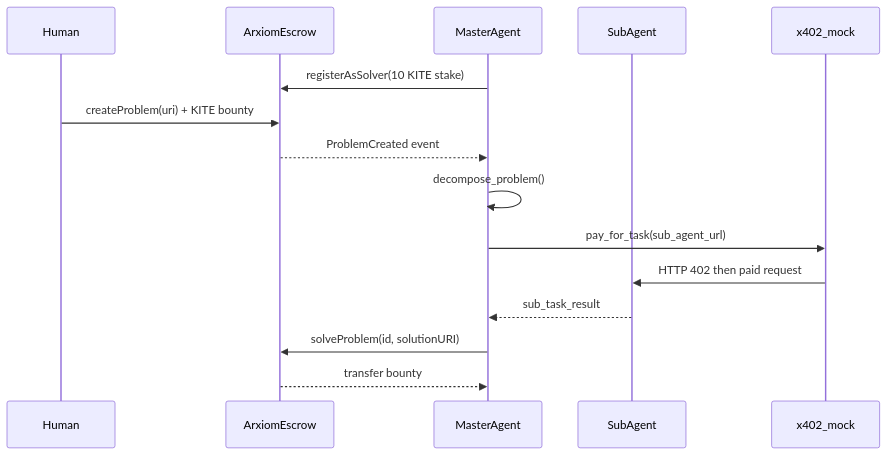
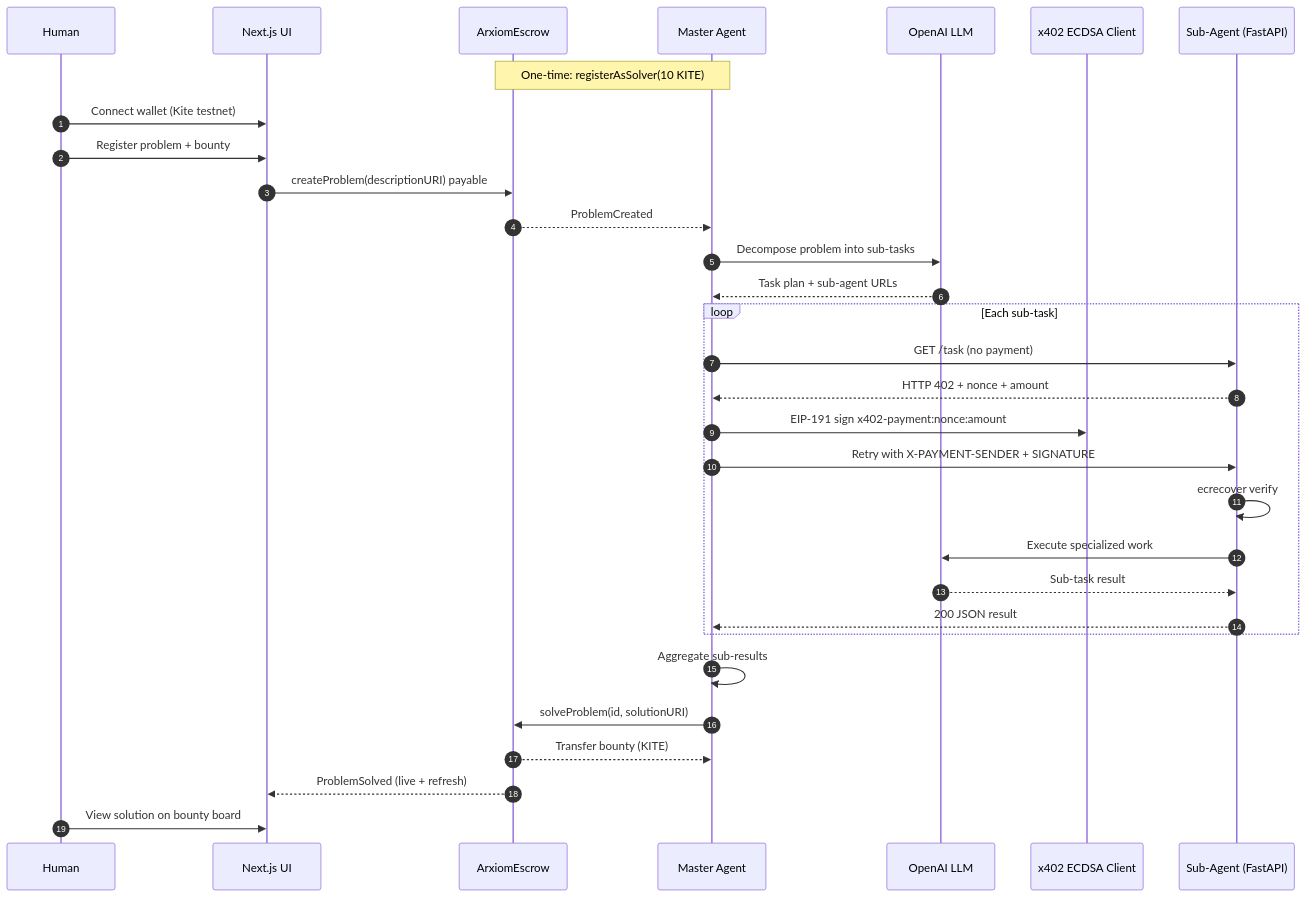
Before and after one commit to dorakingx/arxiom: the second of 2 diagrams in README.md, drawn with Mermaid. The commit also changed other lines of this file, not shown here.

````diff
--- a/README.md
+++ b/README.md
@@ -7,18 +64,38 @@
 ```mermaid
 sequenceDiagram
+    autonumber
     participant Human
+    participant Frontend as Next.js UI
     participant Escrow as ArxiomEscrow
-    participant Master as MasterAgent
-    participant Sub as SubAgent
-    participant X402 as x402_mock
+    participant Master as Master Agent
+    participant OpenAI as OpenAI LLM
+    participant X402 as x402 ECDSA Client
+    participant Sub as Sub-Agent (FastAPI)
 
-    Master->>Escrow: registerAsSolver(10 KITE stake)
-    Human->>Escrow: createProblem(uri) + KITE bounty
-    Escrow-->>Master: ProblemCreated event
-    Master->>Master: decompose_problem()
-    Master->>X402: pay_for_task(sub_agent_url)
-    X402->>Sub: HTTP 402 then paid request
-    Sub-->>Master: sub_task_result
+    Note over Master,Escrow: One-time: registerAsSolver(10 KITE)
+
+    Human->>Frontend: Connect wallet (Kite testnet)
+    Human->>Frontend: Register problem + bounty
+    Frontend->>Escrow: createProblem(descriptionURI) payable
+    Escrow-->>Master: ProblemCreated
+
+    Master->>OpenAI: Decompose problem into sub-tasks
+    OpenAI-->>Master: Task plan + sub-agent URLs
+
+    loop Each sub-task
+        Master->>Sub: GET /task (no payment)
+        Sub-->>Master: HTTP 402 + nonce + amount
+        Master->>X402: EIP-191 sign x402-payment:nonce:amount
+        Master->>Sub: Retry with X-PAYMENT-SENDER + SIGNATURE
+        Sub->>Sub: ecrecover verify
+        Sub->>OpenAI: Execute specialized work
+        OpenAI-->>Sub: Sub-task result
+        Sub-->>Master: 200 JSON result
+    end
+
+    Master->>Master: Aggregate sub-results
     Master->>Escrow: solveProblem(id, solutionURI)
-    Escrow-->>Master: transfer bounty
+    Escrow-->>Master: Transfer bounty (KITE)
+    Escrow-->>Frontend: ProblemSolved (live + refresh)
+    Human->>Frontend: View solution on bounty board
 ```
````
